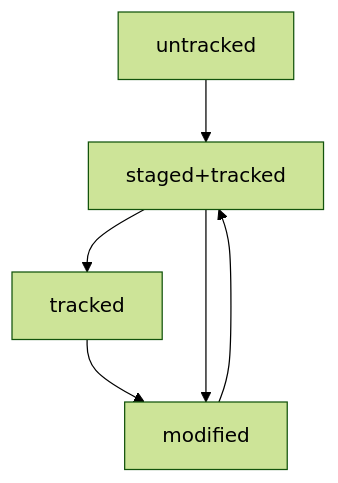
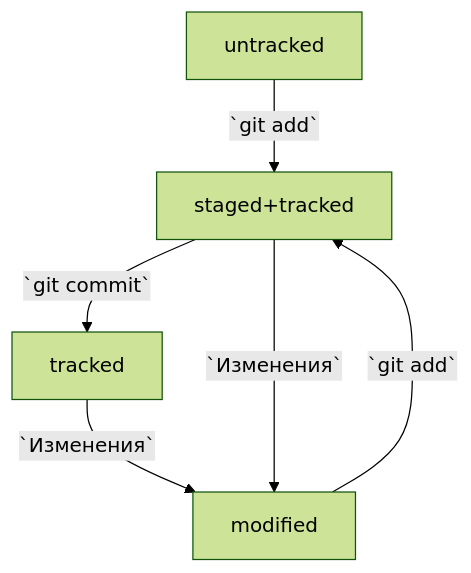
The diagram in readme.md (Demyan-U/first-project), drawn with Mermaid (forest theme) before and after one commit.

Commit message:
Корректировка диаграммы статусов файлов git v8

````diff
--- a/readme.md
+++ b/readme.md
@@ -172,14 +172,14 @@
 ```mermaid
 flowchart TD;
 
-A[untracked] --> B[staged+tracked];
+A[untracked] -- `git add` --> B[staged+tracked];
 
-B --> C[tracked];
+B -- `git commit` --> C[tracked];
 
-C --> D[modified];
+C -- `Изменения` --> D[modified];
 
-D --> B;
+D -- `git add` --> B;
 
-B --> D;
+B -- `Изменения` --> D;
 
 ```
````
